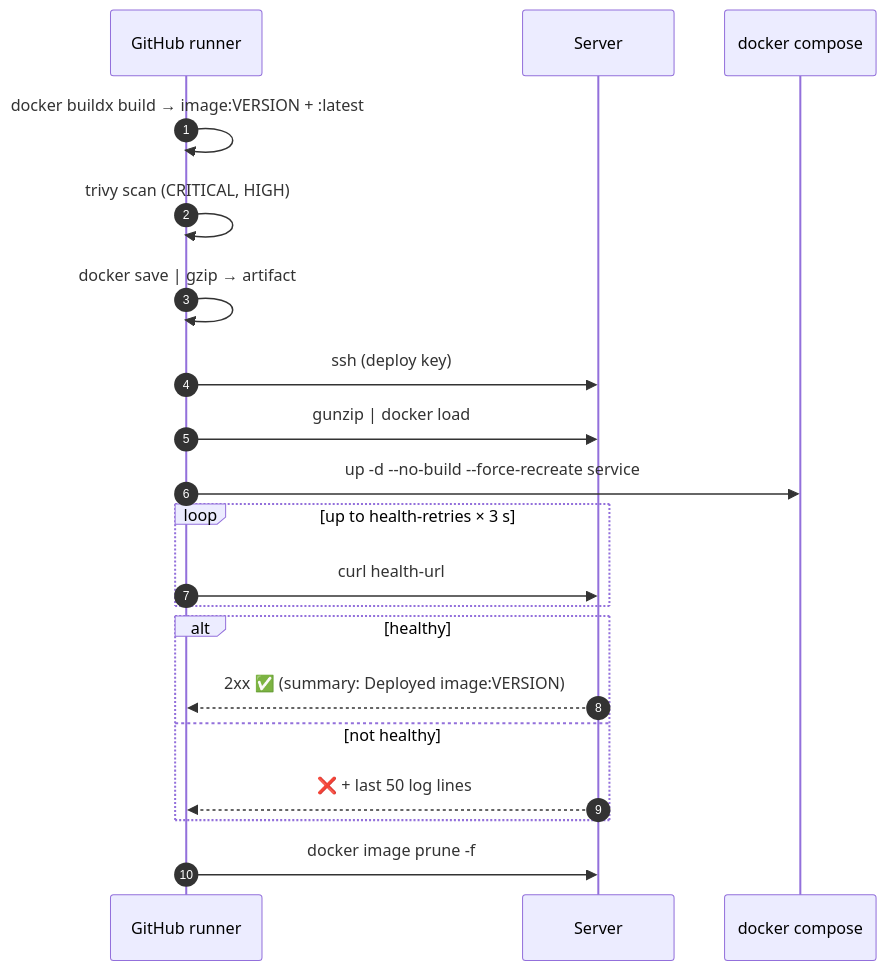
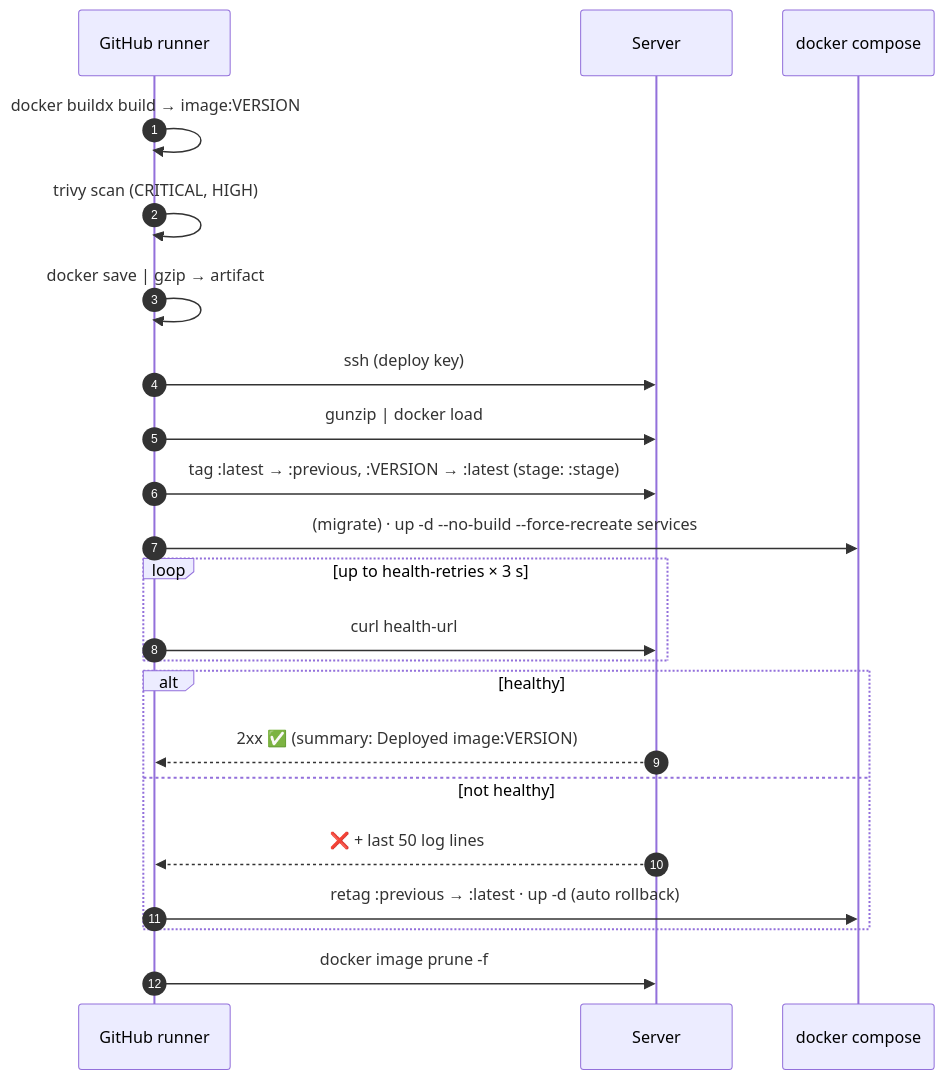
Before and after one commit to ppeymann/ci-templates: the fifth of 5 diagrams in README.md, drawn with Mermaid. The commit also changed other lines of this file and 20 other files, not shown here.

Commit message:
feat: stage, review apps, rollback, PR coverage and store uploads; drop roadmap

````diff
--- a/README.md
+++ b/README.md
@@ -1090,23 +1339,25 @@
 ```mermaid
 sequenceDiagram
     autonumber
     participant GH as GitHub runner
     participant S as Server
     participant C as docker compose
 
-    GH->>GH: docker buildx build → image:VERSION + :latest
+    GH->>GH: docker buildx build → image:VERSION
     GH->>GH: trivy scan (CRITICAL, HIGH)
     GH->>GH: docker save | gzip → artifact
     GH->>S: ssh (deploy key)
     GH->>S: gunzip | docker load
-    GH->>C: up -d --no-build --force-recreate service
+    GH->>S: tag :latest → :previous, :VERSION → :latest (stage: :stage)
+    GH->>C: (migrate) · up -d --no-build --force-recreate services
     loop up to health-retries × 3 s
         GH->>S: curl health-url
     end
     alt healthy
         S-->>GH: 2xx ✅ (summary: Deployed image:VERSION)
     else not healthy
         S-->>GH: ❌ + last 50 log lines
+        GH->>C: retag :previous → :latest · up -d (auto rollback)
     end
     GH->>S: docker image prune -f
 ```
````
